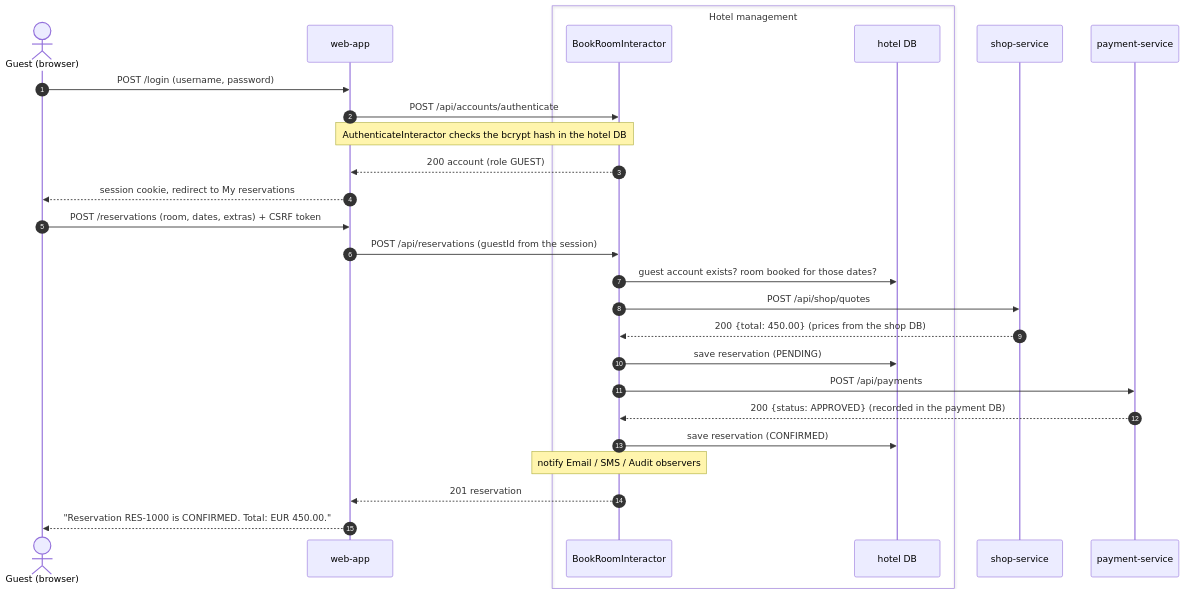
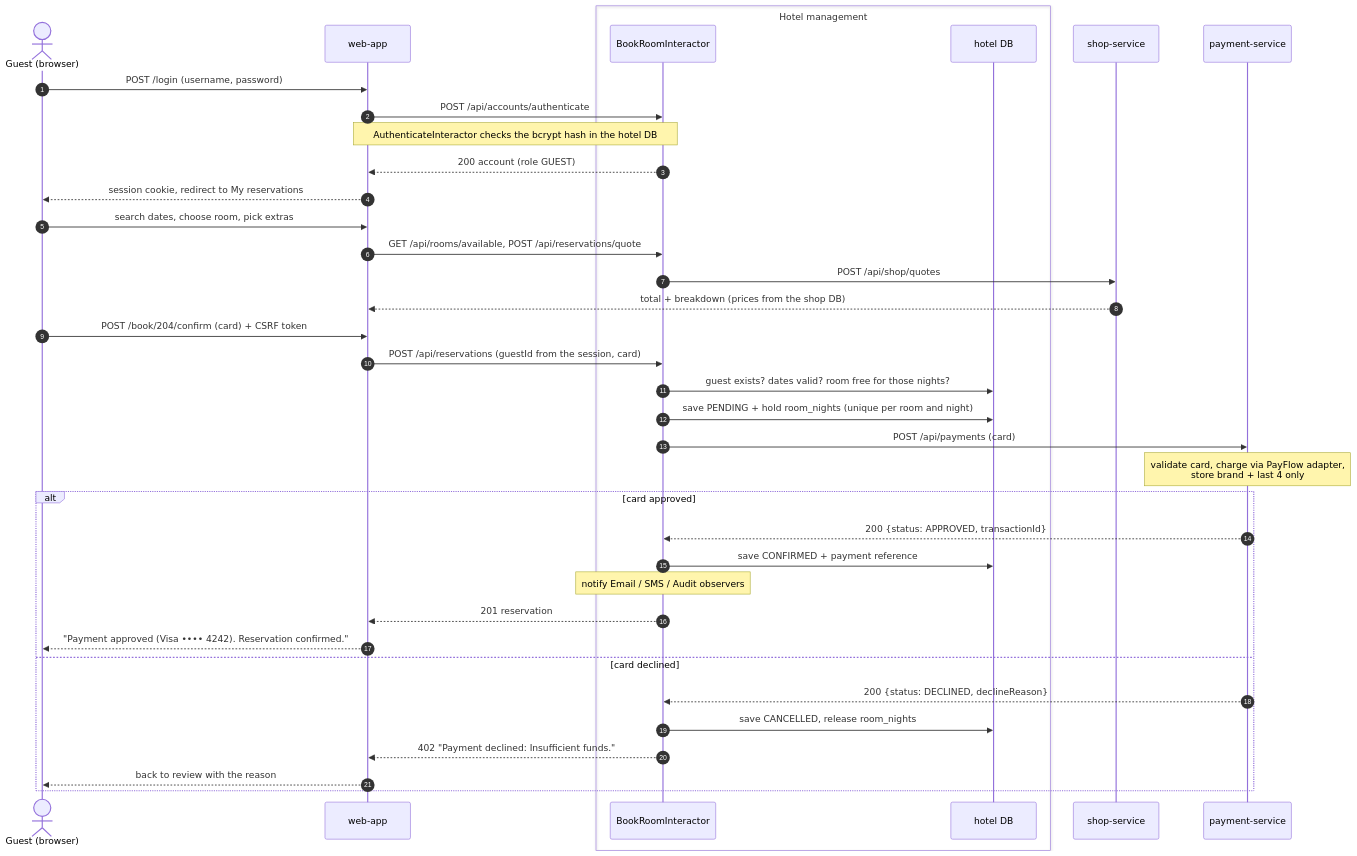
The third of 4 diagrams in docs/architecture.md (upb-fils-inter-proj/asd-hotel-reservation-nonaislop), drawn with Mermaid before and after one commit. The commit also changed other lines of this file and 92 other files, not shown here.

````diff
--- a/docs/architecture.md
+++ b/docs/architecture.md
@@ -160,30 +160,40 @@
 ```mermaid
 sequenceDiagram
     autonumber
     actor G as Guest (browser)
     participant W as web-app
     box Hotel management
         participant BR as BookRoomInteractor
         participant HDB as hotel DB
     end
     participant S as shop-service
     participant P as payment-service
 
     G->>W: POST /login (username, password)
     W->>BR: POST /api/accounts/authenticate
     Note over W,BR: AuthenticateInteractor checks the bcrypt hash in the hotel DB
     BR-->>W: 200 account (role GUEST)
     W-->>G: session cookie, redirect to My reservations
-    G->>W: POST /reservations (room, dates, extras) + CSRF token
-    W->>BR: POST /api/reservations (guestId from the session)
-    BR->>HDB: guest account exists? room booked for those dates?
+    G->>W: search dates, choose room, pick extras
+    W->>BR: GET /api/rooms/available, POST /api/reservations/quote
     BR->>S: POST /api/shop/quotes
-    S-->>BR: 200 {total: 450.00} (prices from the shop DB)
-    BR->>HDB: save reservation (PENDING)
-    BR->>P: POST /api/payments
-    P-->>BR: 200 {status: APPROVED} (recorded in the payment DB)
-    BR->>HDB: save reservation (CONFIRMED)
-    Note over BR: notify Email / SMS / Audit observers
-    BR-->>W: 201 reservation
-    W-->>G: "Reservation RES-1000 is CONFIRMED. Total: EUR 450.00."
+    S-->>W: total + breakdown (prices from the shop DB)
+    G->>W: POST /book/204/confirm (card) + CSRF token
+    W->>BR: POST /api/reservations (guestId from the session, card)
+    BR->>HDB: guest exists? dates valid? room free for those nights?
+    BR->>HDB: save PENDING + hold room_nights (unique per room and night)
+    BR->>P: POST /api/payments (card)
+    Note over P: validate card, charge via PayFlow adapter,<br/>store brand + last 4 only
+    alt card approved
+        P-->>BR: 200 {status: APPROVED, transactionId}
+        BR->>HDB: save CONFIRMED + payment reference
+        Note over BR: notify Email / SMS / Audit observers
+        BR-->>W: 201 reservation
+        W-->>G: "Payment approved (Visa •••• 4242). Reservation confirmed."
+    else card declined
+        P-->>BR: 200 {status: DECLINED, declineReason}
+        BR->>HDB: save CANCELLED, release room_nights
+        BR-->>W: 402 "Payment declined: Insufficient funds."
+        W-->>G: back to review with the reason
+    end
 ```
````
